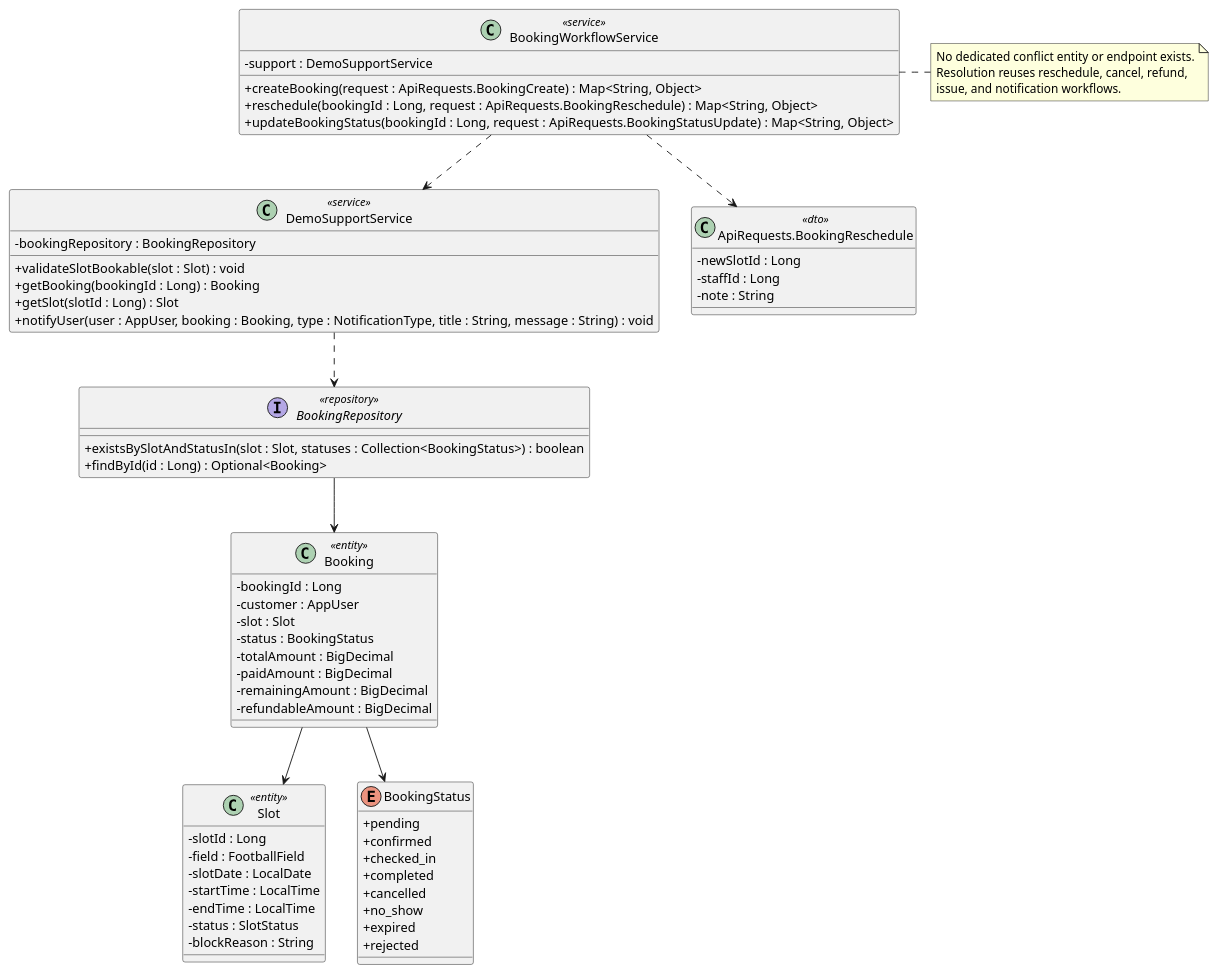
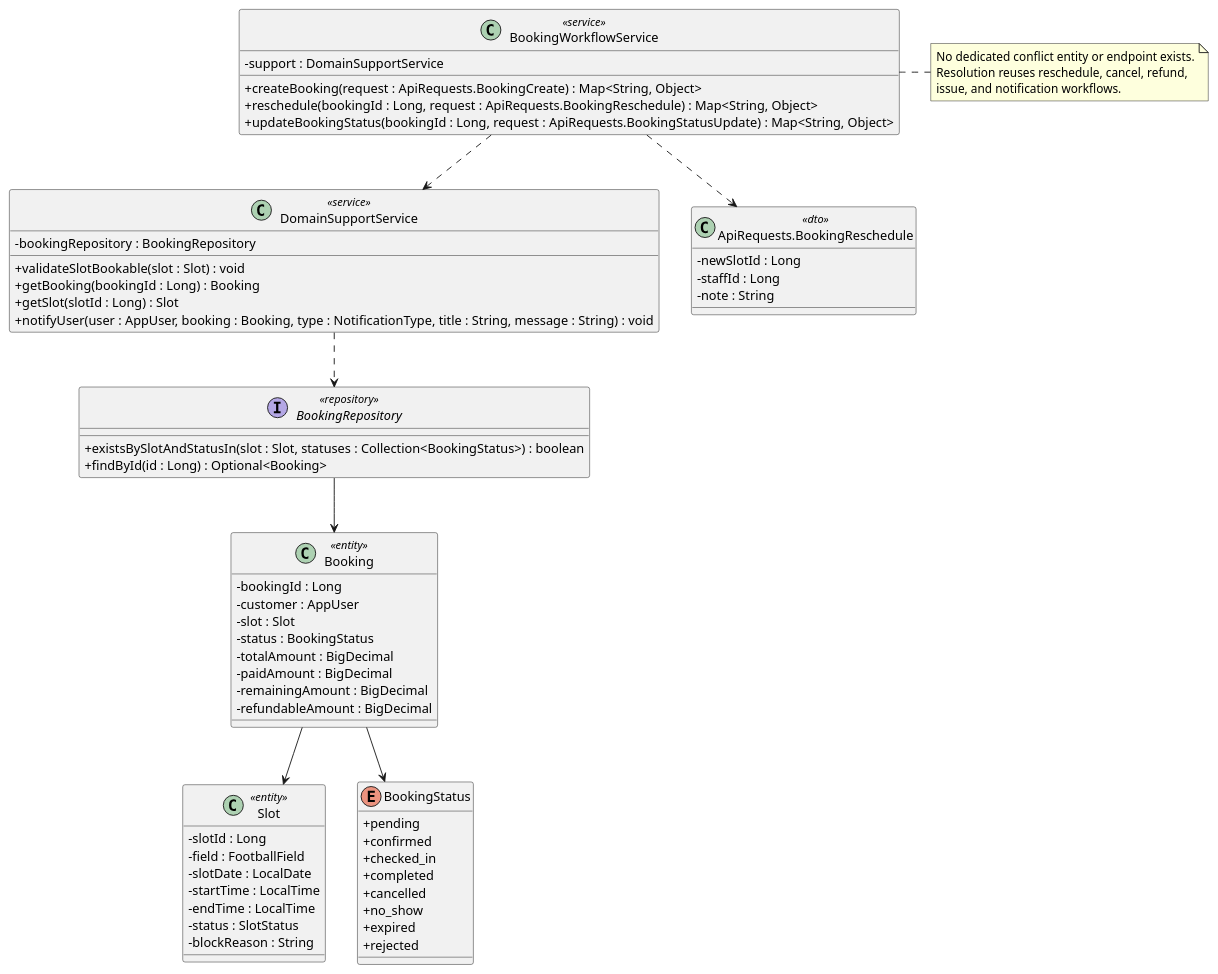
The diagram in docs/Class Diagram/handle-booking-conflict.puml (maxwell1904/SWP391_G3), drawn with PlantUML before and after one commit. The commit also changed 120 other files, not shown here.

```diff
--- a/docs/Class Diagram/handle-booking-conflict.puml
+++ b/docs/Class Diagram/handle-booking-conflict.puml
@@ -1,79 +1,79 @@
 @startuml
 
 skinparam classAttributeIconSize 0
 skinparam linetype polyline
 
 class BookingWorkflowService <<service>> {
-    -support : DemoSupportService
+    -support : DomainSupportService
 
     +createBooking(request : ApiRequests.BookingCreate) : Map<String, Object>
     +reschedule(bookingId : Long, request : ApiRequests.BookingReschedule) : Map<String, Object>
     +updateBookingStatus(bookingId : Long, request : ApiRequests.BookingStatusUpdate) : Map<String, Object>
 }
 
-class DemoSupportService <<service>> {
+class DomainSupportService <<service>> {
     -bookingRepository : BookingRepository
 
     +validateSlotBookable(slot : Slot) : void
     +getBooking(bookingId : Long) : Booking
     +getSlot(slotId : Long) : Slot
     +notifyUser(user : AppUser, booking : Booking, type : NotificationType, title : String, message : String) : void
 }
 
 interface BookingRepository <<repository>> {
     +existsBySlotAndStatusIn(slot : Slot, statuses : Collection<BookingStatus>) : boolean
     +findById(id : Long) : Optional<Booking>
 }
 
 class "ApiRequests.BookingReschedule" as BookingRescheduleDTO <<dto>> {
     -newSlotId : Long
     -staffId : Long
     -note : String
 }
 
 class Booking <<entity>> {
     -bookingId : Long
     -customer : AppUser
     -slot : Slot
     -status : BookingStatus
     -totalAmount : BigDecimal
     -paidAmount : BigDecimal
     -remainingAmount : BigDecimal
     -refundableAmount : BigDecimal
 }
 
 class Slot <<entity>> {
     -slotId : Long
     -field : FootballField
     -slotDate : LocalDate
     -startTime : LocalTime
     -endTime : LocalTime
     -status : SlotStatus
     -blockReason : String
 }
 
 enum BookingStatus {
     + pending
     + confirmed
     + checked_in
     + completed
     + cancelled
     + no_show
     + expired
     + rejected
 }
 
-BookingWorkflowService ..> DemoSupportService
+BookingWorkflowService ..> DomainSupportService
 BookingWorkflowService ..> BookingRescheduleDTO
-DemoSupportService ..> BookingRepository
+DomainSupportService ..> BookingRepository
 BookingRepository --> Booking
 Booking --> Slot
 Booking --> BookingStatus
 
 note right of BookingWorkflowService
 No dedicated conflict entity or endpoint exists.
 Resolution reuses reschedule, cancel, refund,
 issue, and notification workflows.
 end note
 
 @enduml
```
